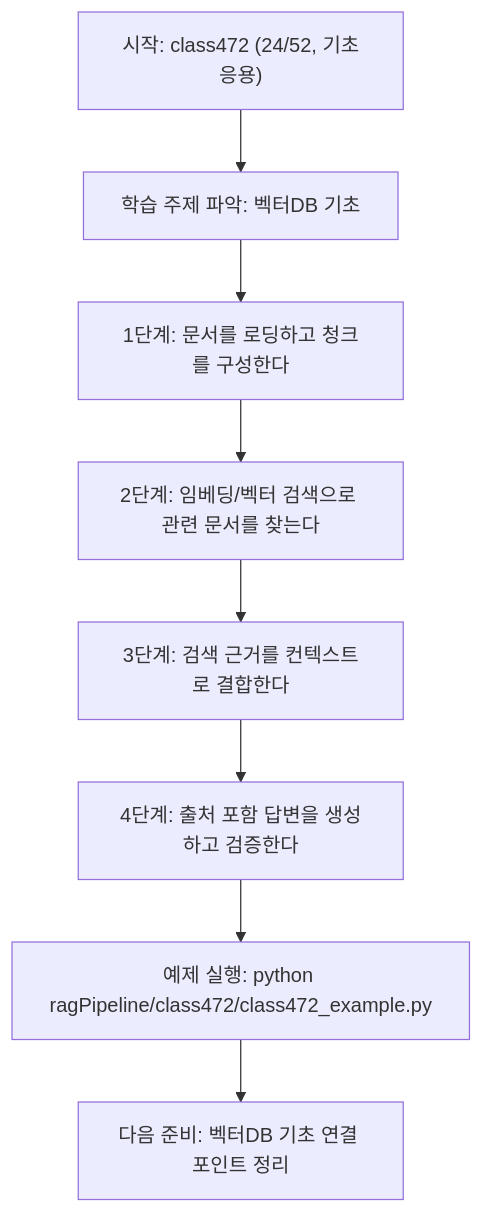
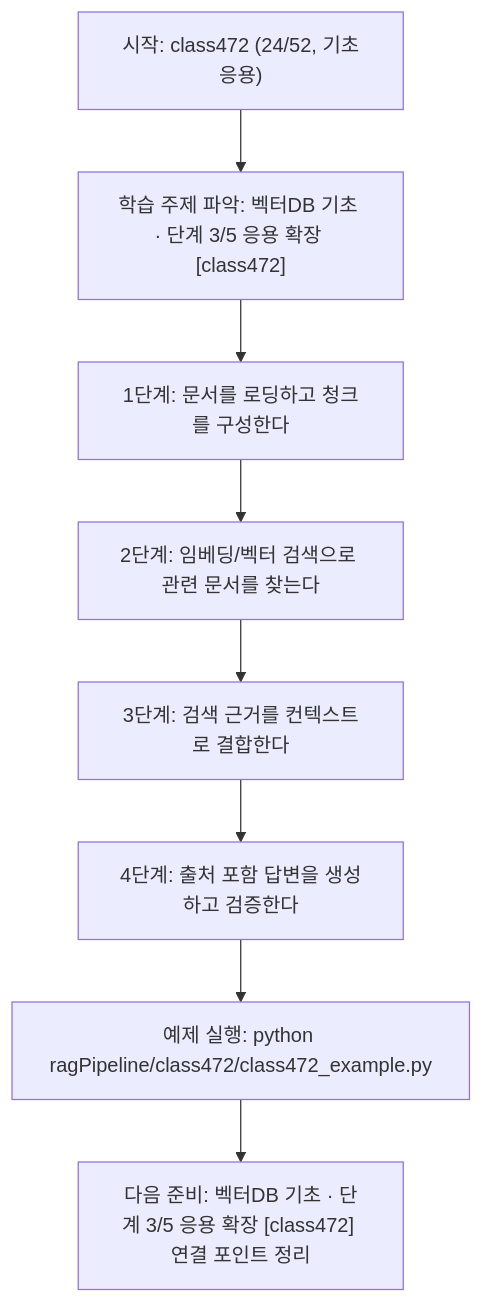
The diagram in ragPipeline/class472/class472.md (edumgt/Python-AI_Agent-Class), drawn with Mermaid before and after one commit. The commit also changed other lines of this file and 522 other files, not shown here.

````diff
--- a/ragPipeline/class472/class472.md
+++ b/ragPipeline/class472/class472.md
@@ -110,18 +111,18 @@
 ```mermaid
 flowchart TD
 N1["시작: class472 (24/52, 기초응용)"]
-N2["학습 주제 파악: 벡터DB 기초"]
+N2["학습 주제 파악: 벡터DB 기초 · 단계 3/5 응용 확장 [class472]"]
 N3["1단계: 문서를 로딩하고 청크를 구성한다"]
 N4["2단계: 임베딩/벡터 검색으로 관련 문서를 찾는다"]
 N5["3단계: 검색 근거를 컨텍스트로 결합한다"]
 N6["4단계: 출처 포함 답변을 생성하고 검증한다"]
 N7["예제 실행: python ragPipeline/class472/class472_example.py"]
-N8["다음 준비: 벡터DB 기초 연결 포인트 정리"]
+N8["다음 준비: 벡터DB 기초 · 단계 3/5 응용 확장 [class472] 연결 포인트 정리"]
 N1 --> N2
 N2 --> N3
 N3 --> N4
 N4 --> N5
 N5 --> N6
 N6 --> N7
 N7 --> N8
 ```
````
